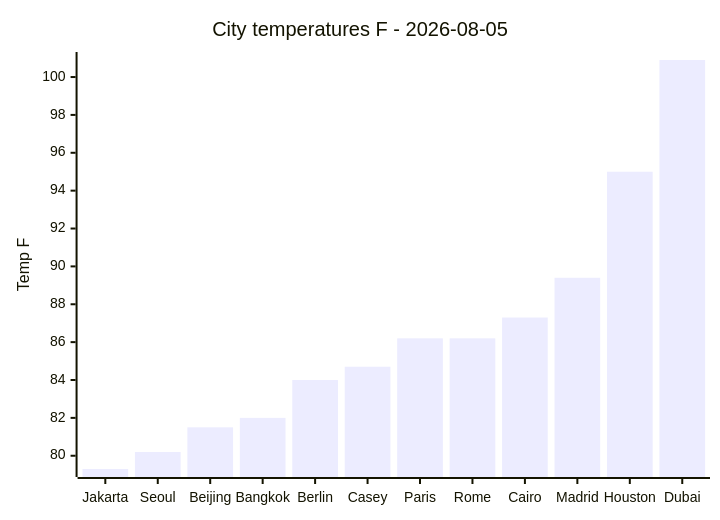
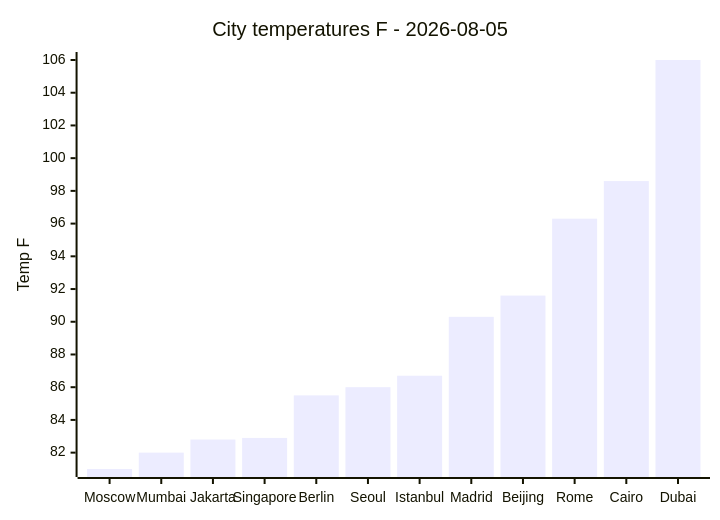
The second of 2 diagrams in visuals/latest/CHARTS.md (Midwest-Stratospheric/Unified-Open-Global-Weather), drawn with Mermaid before and after one commit. The commit also changed other lines of this file and 12 other files, not shown here.

Commit message:
data(visuals): automated charts 2026-08-05T12:24Z

````diff
--- a/visuals/latest/CHARTS.md
+++ b/visuals/latest/CHARTS.md
@@ -49,7 +49,7 @@
 ```mermaid
 xychart-beta
   title "City temperatures F - 2026-08-05"
-  x-axis ["Jakarta", "Seoul", "Beijing", "Bangkok", "Berlin", "Casey", "Paris", "Rome", "Cairo", "Madrid", "Houston", "Dubai"]
+  x-axis ["Moscow", "Mumbai", "Jakarta", "Singapore", "Berlin", "Seoul", "Istanbul", "Madrid", "Beijing", "Rome", "Cairo", "Dubai"]
   y-axis "Temp F"
-  bar [79.3, 80.2, 81.5, 82.0, 84.0, 84.7, 86.2, 86.2, 87.3, 89.4, 95.0, 100.9]
+  bar [81.0, 82.0, 82.8, 82.9, 85.5, 86.0, 86.7, 90.3, 91.6, 96.3, 98.6, 106.0]
 ```
````
